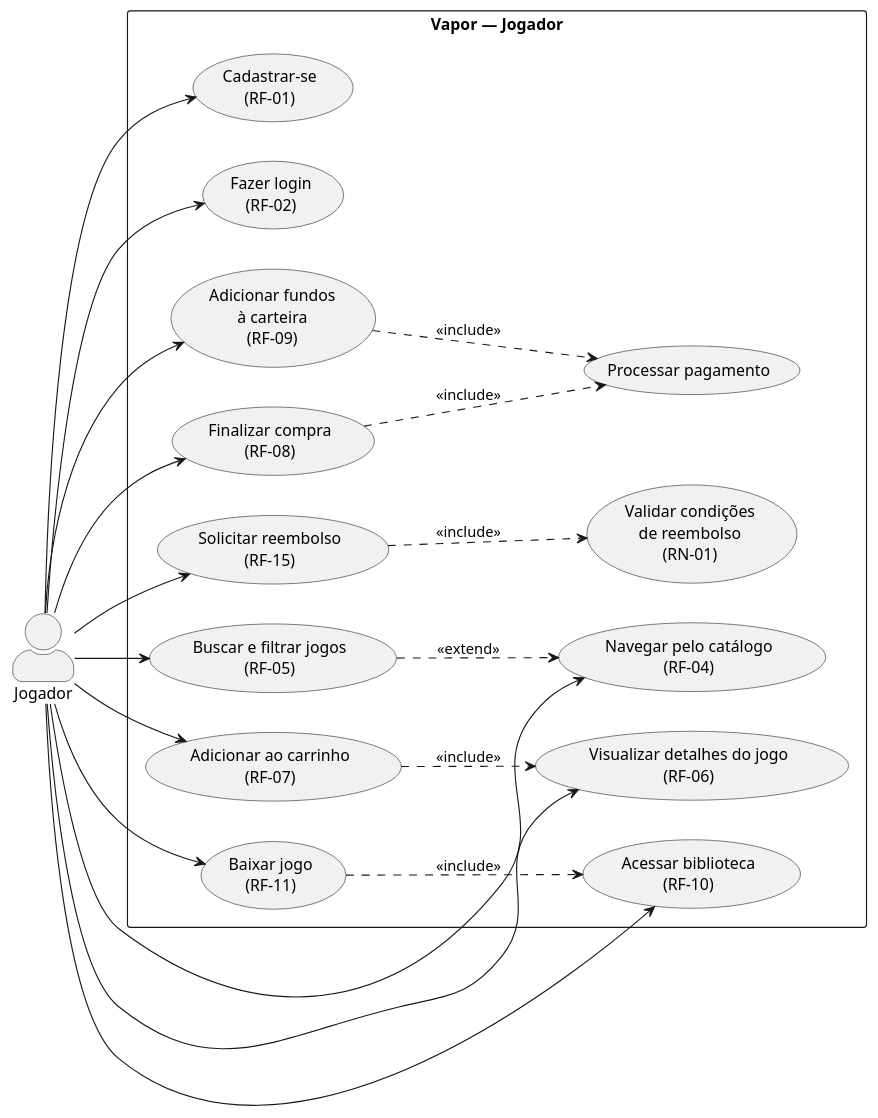
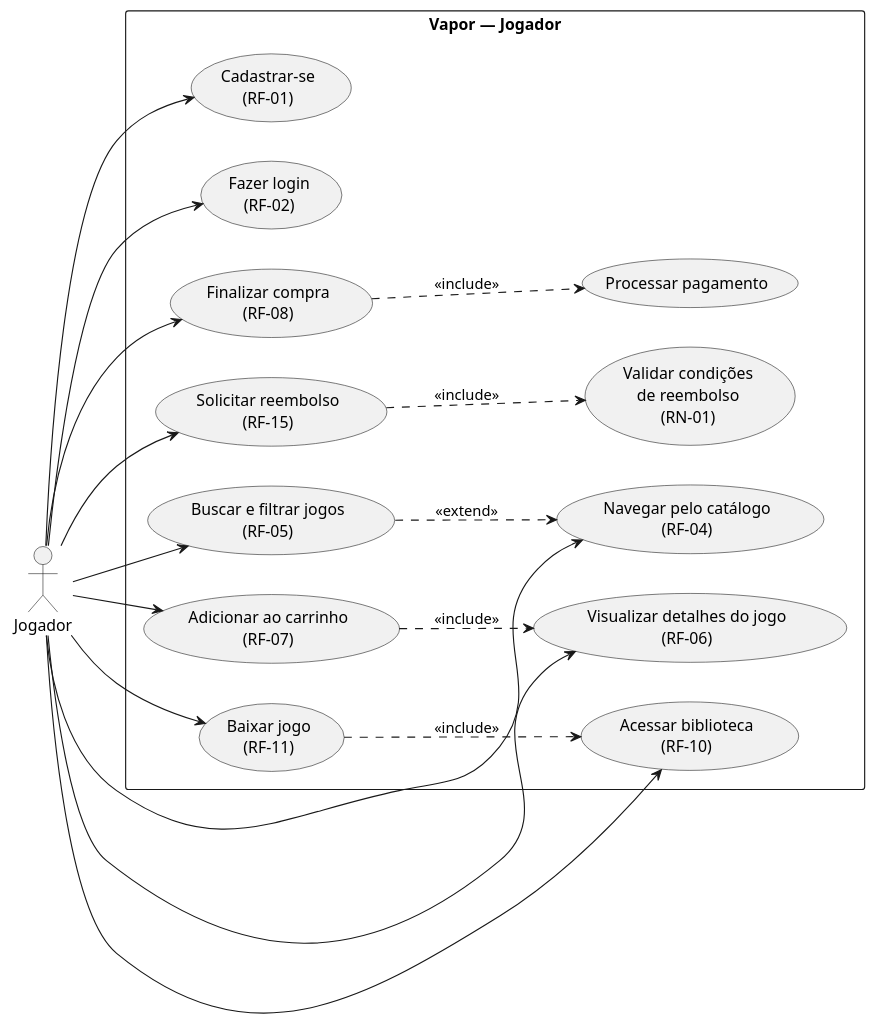
One commit to osantana/a3-ms changed the second of 4 diagrams in projeto-vapor.adoc. Above: the diagram before and after it, drawn with PlantUML. The commit also changed other lines of this file and 3 other files, not shown here.

```diff
--- a/projeto-vapor.adoc
+++ b/projeto-vapor.adoc
@@ -453,44 +356,40 @@
 [plantuml]
 ----
 @startuml
 left to right direction
-skinparam actorStyle awesome
 
 actor "Jogador" as jogador
 
 rectangle "Vapor — Jogador" {
     usecase "Cadastrar-se\n(RF-01)" as UC01
     usecase "Fazer login\n(RF-02)" as UC02
     usecase "Navegar pelo catálogo\n(RF-04)" as UC03
     usecase "Buscar e filtrar jogos\n(RF-05)" as UC04
     usecase "Visualizar detalhes do jogo\n(RF-06)" as UC05
     usecase "Adicionar ao carrinho\n(RF-07)" as UC06
     usecase "Finalizar compra\n(RF-08)" as UC07
     usecase "Acessar biblioteca\n(RF-10)" as UC08
     usecase "Baixar jogo\n(RF-11)" as UC09
     usecase "Solicitar reembolso\n(RF-15)" as UC10
-    usecase "Adicionar fundos\nà carteira\n(RF-09)" as UC16
     usecase "Processar pagamento" as UC15
     usecase "Validar condições\nde reembolso\n(RN-01)" as UC17
 }
 
 jogador --> UC01
 jogador --> UC02
 jogador --> UC03
 jogador --> UC04
 jogador --> UC05
 jogador --> UC06
 jogador --> UC07
 jogador --> UC08
 jogador --> UC09
 jogador --> UC10
-jogador --> UC16
 
 UC07 ..> UC15 : <<include>>
 UC09 ..> UC08 : <<include>>
 UC06 ..> UC05 : <<include>>
 UC04 ..> UC03 : <<extend>>
 UC10 ..> UC17 : <<include>>
-UC16 ..> UC15 : <<include>>
 @enduml
 ----
```
